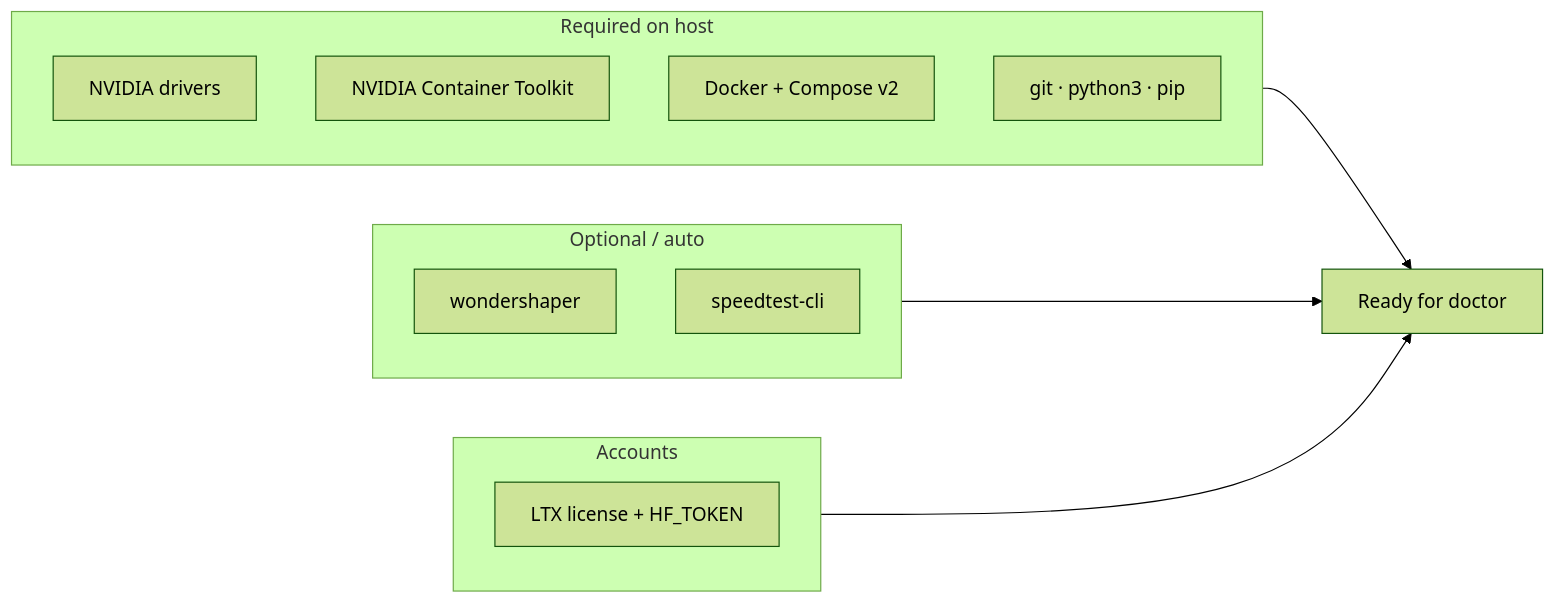
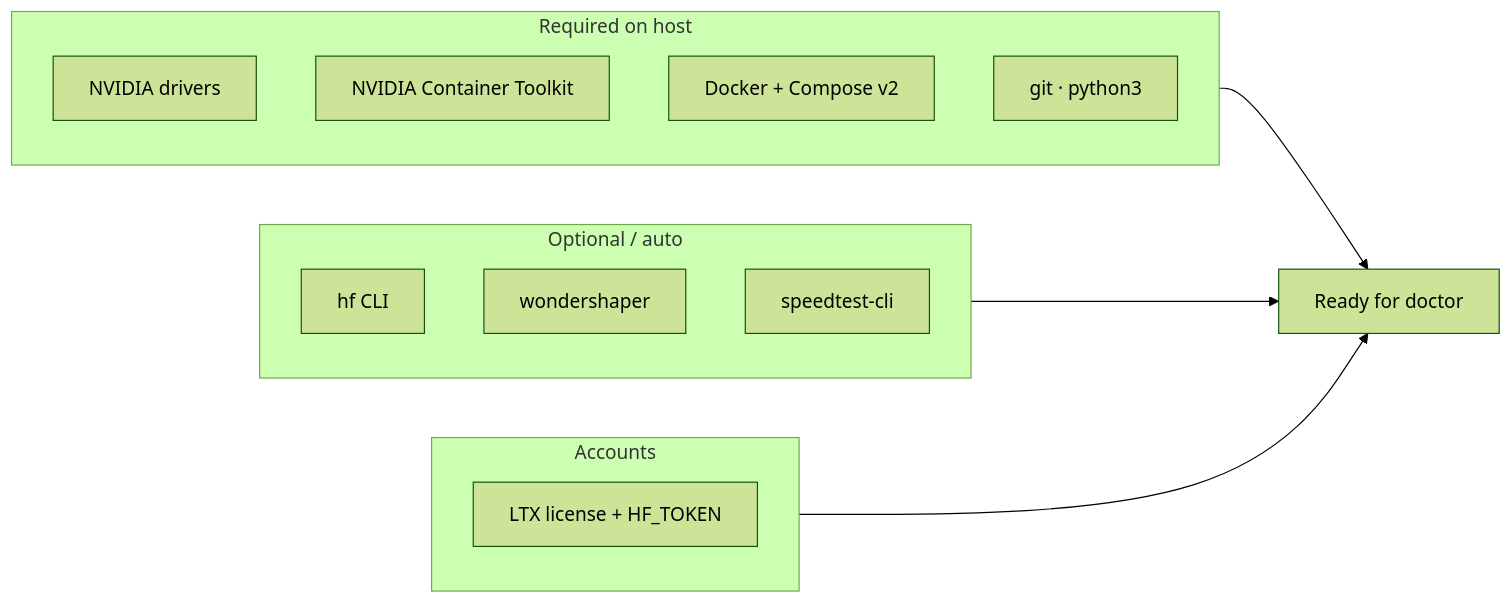
One commit to toxicoder/ez-comfy-stack changed the first of 3 diagrams in docs/getting-started.md. Above: the diagram before and after it, drawn with Mermaid (forest theme). The commit also changed other lines of this file and 7 other files, not shown here.

````diff
--- a/docs/getting-started.md
+++ b/docs/getting-started.md
@@ -131,19 +127,20 @@
 ```mermaid
 flowchart LR
   subgraph Required["Required on host"]
     Drv["NVIDIA drivers"]
     CTK["NVIDIA Container Toolkit"]
     Dock["Docker + Compose v2"]
-    Git["git · python3 · pip"]
+    Git["git · python3"]
   end
   subgraph Optional["Optional / auto"]
+    HfCli["hf CLI"]
     WS["wondershaper"]
     ST["speedtest-cli"]
   end
   subgraph Accounts["Accounts"]
     HF["LTX license + HF_TOKEN"]
   end
   Required --> Ready["Ready for doctor"]
   Optional --> Ready
   Accounts --> Ready
 ```
````
